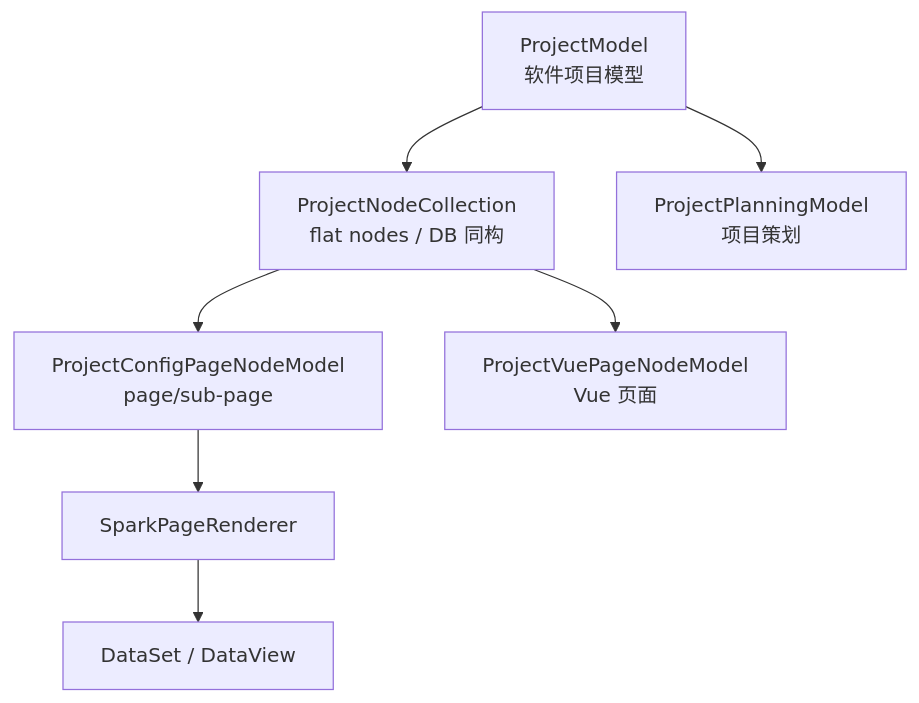
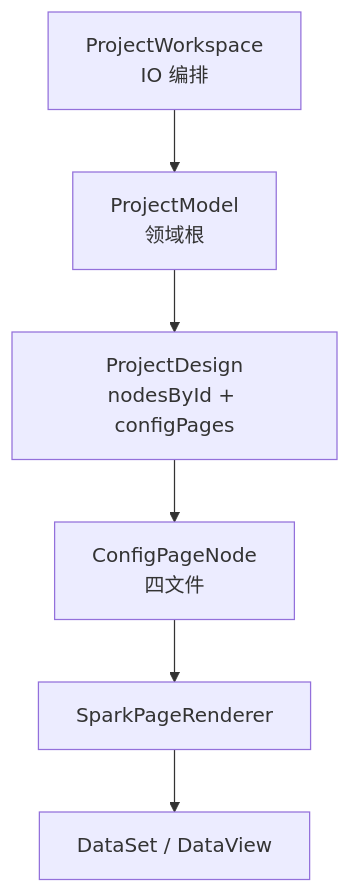
One commit to LMSpark/spark-view-vue changed the diagram in docs/SPARK_VIEW_PROJECT_DEEP_DIVE_ZH.md. Above: the diagram before and after it, drawn with Mermaid. The commit also changed other lines of this file and 5 other files, not shown here.

````diff
--- a/docs/SPARK_VIEW_PROJECT_DEEP_DIVE_ZH.md
+++ b/docs/SPARK_VIEW_PROJECT_DEEP_DIVE_ZH.md
@@ -17,17 +17,15 @@
 ```mermaid
 flowchart TB
-  Project["ProjectModel<br/>软件项目模型"]
-  Nodes["ProjectNodeCollection<br/>flat nodes / DB 同构"]
-  Planning["ProjectPlanningModel<br/>项目策划"]
-  ConfigPage["ProjectConfigPageNodeModel<br/>page/sub-page"]
-  VuePage["ProjectVuePageNodeModel<br/>Vue 页面"]
+  Workspace["ProjectWorkspace<br/>IO 编排"]
+  Project["ProjectModel<br/>领域根"]
+  Design["ProjectDesign<br/>nodesById + configPages"]
+  ConfigPage["ConfigPageNode<br/>四文件"]
   Renderer["SparkPageRenderer"]
   Data["DataSet / DataView"]
 
-  Project --> Nodes
-  Project --> Planning
-  Nodes --> ConfigPage
-  Nodes --> VuePage
+  Workspace --> Project
+  Project --> Design
+  Design --> ConfigPage
   ConfigPage --> Renderer
   Renderer --> Data
 ```
````
